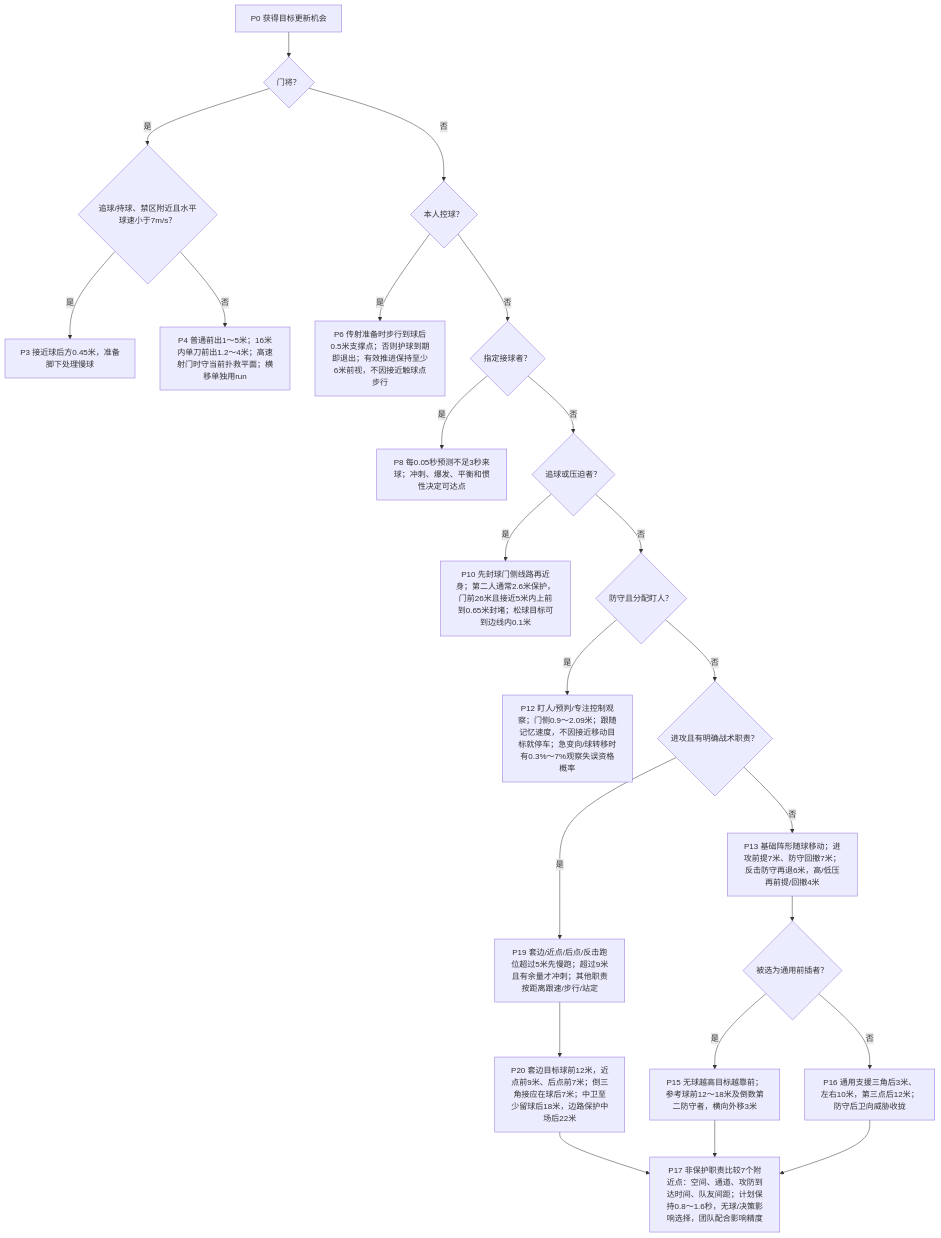
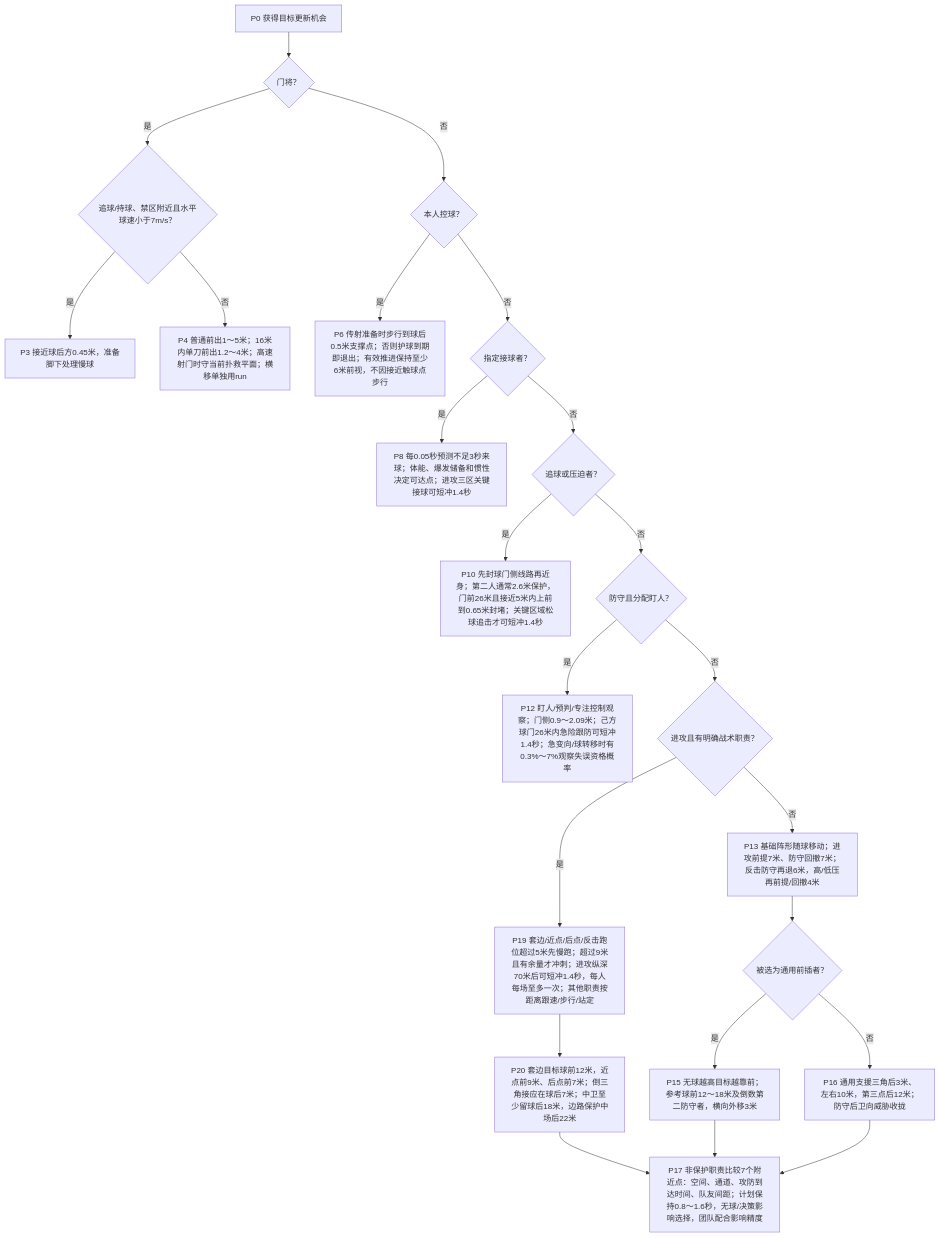
Before and after one commit to sixu3575/touchline-manager: the third of 7 diagrams in packages/shared/modules/matches/design/PLAYER_DECISION_MAP.md, drawn with Mermaid. The commit also changed other lines of this file and 67 other files, not shown here.

````diff
--- a/packages/shared/modules/matches/design/PLAYER_DECISION_MAP.md
+++ b/packages/shared/modules/matches/design/PLAYER_DECISION_MAP.md
@@ -130,25 +130,25 @@
 ```mermaid
 flowchart TD
   P0["P0 获得目标更新机会"] --> P1{"门将？"}
   P1 -->|是| P2{"追球/持球、禁区附近且水平球速小于7m/s？"}
   P2 -->|是| P3["P3 接近球后方0.45米，准备脚下处理慢球"]
   P2 -->|否| P4["P4 普通前出1～5米；16米内单刀前出1.2～4米；高速射门时守当前扑救平面；横移单独用run"]
   P1 -->|否| P5{"本人控球？"}
   P5 -->|是| P6["P6 传射准备时步行到球后0.5米支撑点；否则护球到期即退出；有效推进保持至少6米前视，不因接近触球点步行"]
   P5 -->|否| P7{"指定接球者？"}
-  P7 -->|是| P8["P8 每0.05秒预测不足3秒来球；冲刺、爆发、平衡和惯性决定可达点"]
+  P7 -->|是| P8["P8 每0.05秒预测不足3秒来球；体能、爆发储备和惯性决定可达点；进攻三区关键接球可短冲1.4秒"]
   P7 -->|否| P9{"追球或压迫者？"}
-  P9 -->|是| P10["P10 先封球门侧线路再近身；第二人通常2.6米保护，门前26米且接近5米内上前到0.65米封堵；松球目标可到边线内0.1米"]
+  P9 -->|是| P10["P10 先封球门侧线路再近身；第二人通常2.6米保护，门前26米且接近5米内上前到0.65米封堵；关键区域松球追击才可短冲1.4秒"]
   P9 -->|否| P11{"防守且分配盯人？"}
-  P11 -->|是| P12["P12 盯人/预判/专注控制观察；门侧0.9～2.09米；跟随记忆速度，不因接近移动目标就停车；急变向/球转移时有0.3%～7%观察失误资格概率"]
+  P11 -->|是| P12["P12 盯人/预判/专注控制观察；门侧0.9～2.09米；己方球门26米内急险跟防可短冲1.4秒；急变向/球转移时有0.3%～7%观察失误资格概率"]
   P11 -->|否| P18{"进攻且有明确战术职责？"}
-  P18 -->|是| P19["P19 套边/近点/后点/反击跑位超过5米先慢跑；超过9米且有余量才冲刺；其他职责按距离跟速/步行/站定"]
+  P18 -->|是| P19["P19 套边/近点/后点/反击跑位超过5米先慢跑；超过9米且有余量才冲刺；进攻纵深70米后可短冲1.4秒，每人每场至多一次；其他职责按距离跟速/步行/站定"]
   P19 --> P20["P20 套边目标球前12米，近点前9米、后点前7米；倒三角接应在球后7米；中卫至少留球后18米，边路保护中场后22米"]
   P20 --> P17["P17 非保护职责比较7个附近点：空间、通道、攻防到达时间、队友间距；计划保持0.8～1.6秒，无球/决策影响选择，团队配合影响精度"]
   P18 -->|否| P13["P13 基础阵形随球移动；进攻前提7米、防守回撤7米；反击防守再退6米，高/低压再前提/回撤4米"]
   P13 --> P14{"被选为通用前插者？"}
   P14 -->|是| P15["P15 无球越高目标越靠前；参考球前12～18米及倒数第二防守者，横向外移3米"]
   P14 -->|否| P16["P16 通用支援三角后3米、左右10米，第三点后12米；防守后卫向威胁收拢"]
   P15 --> P17
   P16 --> P17
 ```
````
